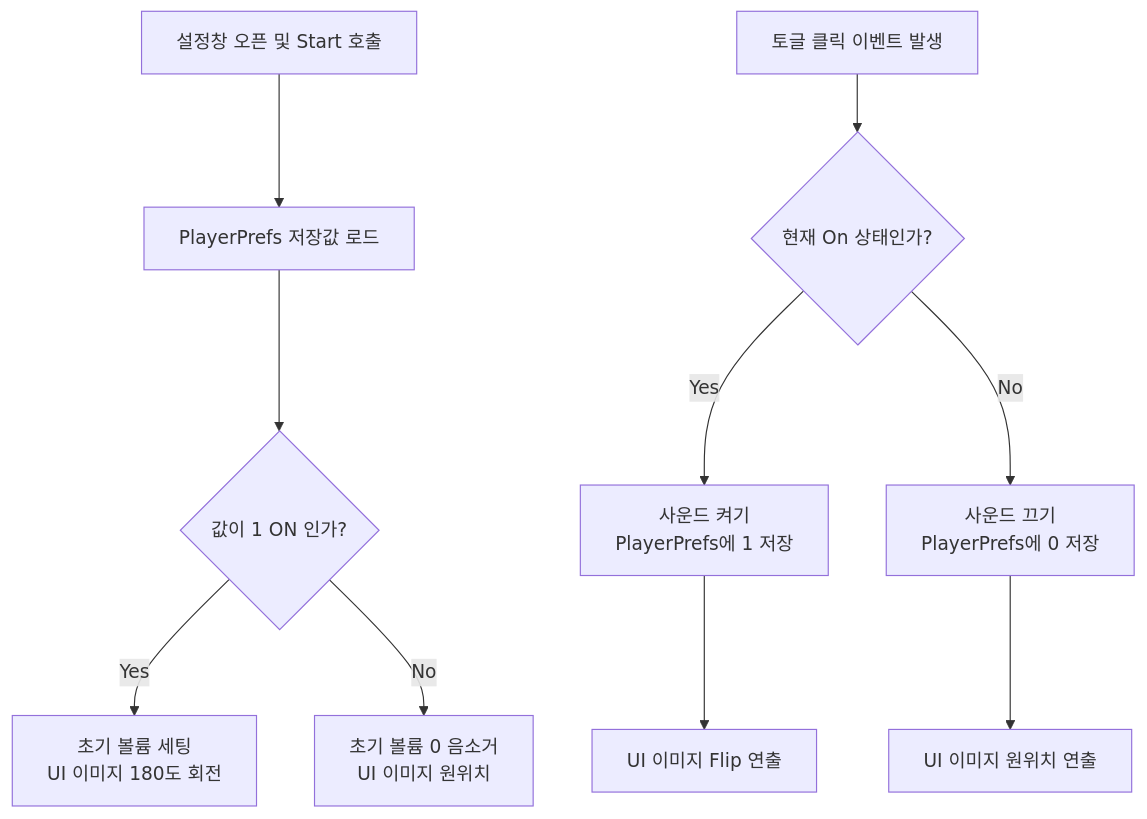
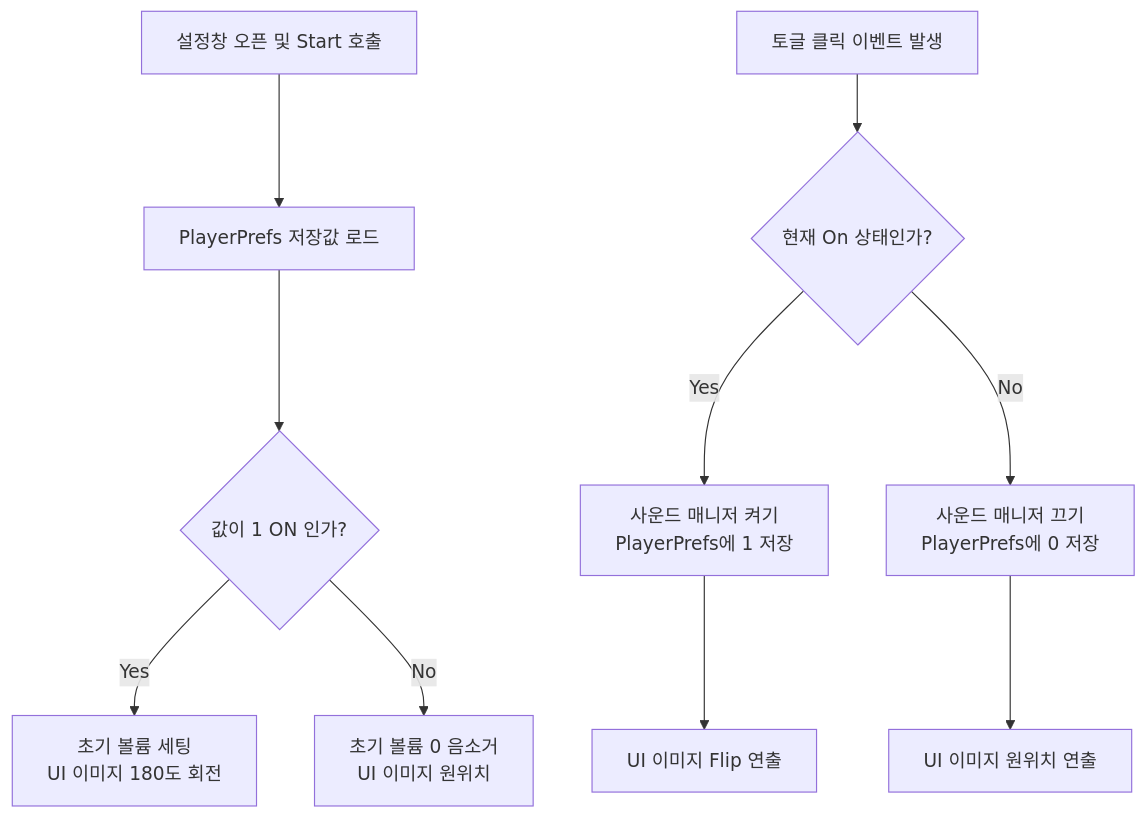
The diagram in Project_TripleSurvivor/SoundOptionsController.md (zergling-cute/zergling-cute), drawn with Mermaid before and after one commit. The commit also changed other lines of this file, not shown here.

````diff
--- a/Project_TripleSurvivor/SoundOptionsController.md
+++ b/Project_TripleSurvivor/SoundOptionsController.md
@@ -15,16 +15,16 @@
 ```mermaid
 flowchart TD
     A[설정창 오픈 및 Start 호출] --> B[PlayerPrefs 저장값 로드]
     B --> C{값이 1 ON 인가?}
     
     C -- Yes --> D[초기 볼륨 세팅<br>UI 이미지 180도 회전]
     C -- No --> E[초기 볼륨 0 음소거<br>UI 이미지 원위치]
     
     F[토글 클릭 이벤트 발생] --> G{현재 On 상태인가?}
     
-    G -- Yes --> H[사운드 켜기<br>PlayerPrefs에 1 저장]
-    G -- No --> I[사운드 끄기<br>PlayerPrefs에 0 저장]
+    G -- Yes --> H[사운드 매니저 켜기<br>PlayerPrefs에 1 저장]
+    G -- No --> I[사운드 매니저 끄기<br>PlayerPrefs에 0 저장]
     
     H --> J[UI 이미지 Flip 연출]
     I --> K[UI 이미지 원위치 연출]
 ```
````
